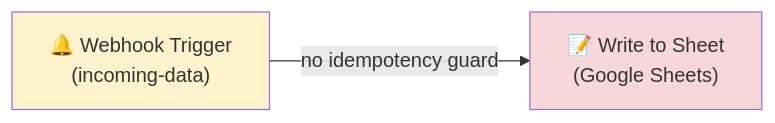
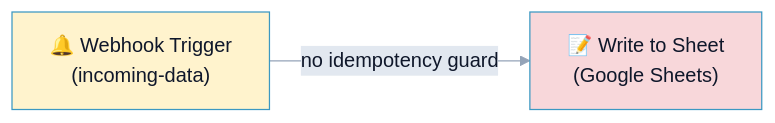
The first of 3 diagrams in R3/README.md (Replikanti/flowlint-examples), drawn with Mermaid before and after one commit. The commit also changed other lines of this file, not shown here.

Commit message:
fix: theme readibility

````diff
--- a/R3/README.md
+++ b/R3/README.md
@@ -45,7 +45,8 @@
 ```mermaid
+%%{init: { "theme": "base", "themeVariables": { "primaryColor": "#38bdf8", "secondaryColor": "#fbbf24", "tertiaryColor": "#e2e8f0", "primaryTextColor": "#0f172a", "lineColor": "#94a3b8", "edgeLabelBackground": "#e2e8f0", "background": "transparent" } } }%%
 graph LR
     A["🔔 Webhook Trigger<br/>(incoming-data)"] -->|no idempotency guard| B["📝 Write to Sheet<br/>(Google Sheets)"]
 
     style A fill:#fff3cd
     style B fill:#f8d7da
 ```
````
